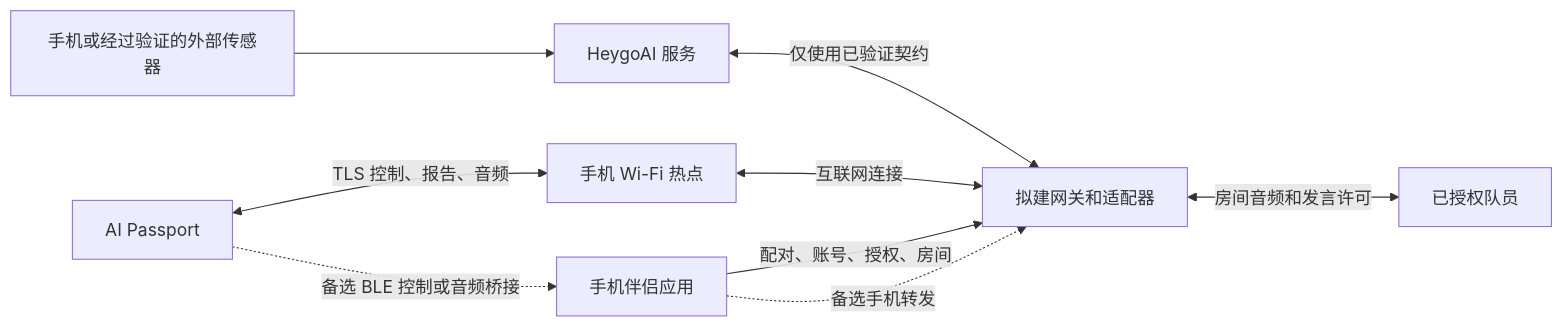
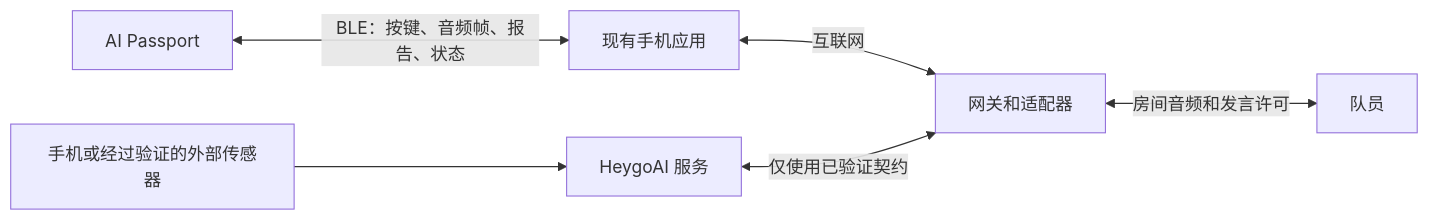
Before and after one commit to Azuresword/Heygo-AiPassport: the first of 3 diagrams in 需求文件夹/02-architecture.zh_CN.md, drawn with Mermaid. The commit also changed other lines of this file and 13 other files, not shown here.

````diff
--- a/需求文件夹/02-architecture.zh_CN.md
+++ b/需求文件夹/02-architecture.zh_CN.md
@@ -56,11 +59,8 @@
 ```mermaid
 flowchart LR
     S[手机或经过验证的外部传感器] --> H[HeygoAI 服务]
-    U[手机伴侣应用] -->|配对、账号、授权、房间| G[拟建网关和适配器]
+    P[AI Passport] <-->|BLE：按键、音频帧、报告、状态| U[现有手机应用]
+    U <-->|互联网| G[网关和适配器]
     H <-->|仅使用已验证契约| G
-    P[AI Passport] <-->|TLS 控制、报告、音频| W[手机 Wi-Fi 热点]
-    W <-->|互联网连接| G
-    G <-->|房间音频和发言许可| R[已授权队员]
-    P -.->|备选 BLE 控制或音频桥接| U
-    U -.->|备选手机转发| G
+    G <-->|房间音频和发言许可| R[队员]
 ```
````
